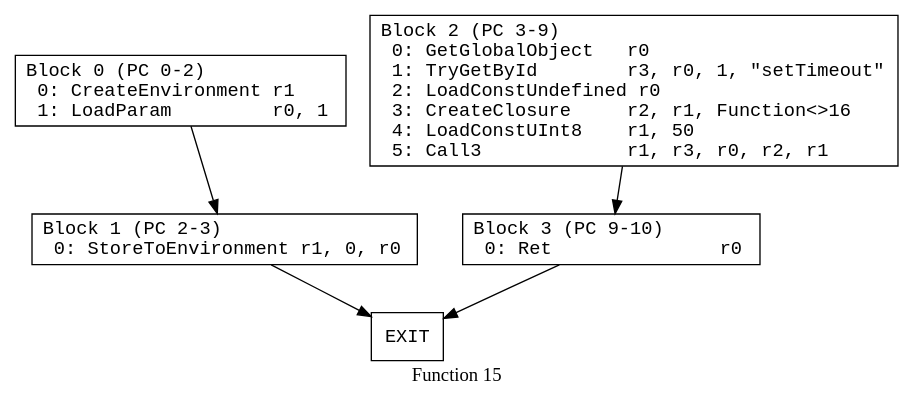
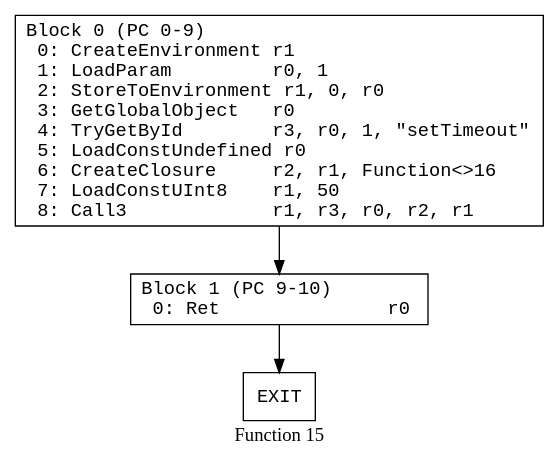
One commit to kroo/hermes-dec-rs changed the diagram in data/individual_pdfs/flow_control_function_15.dot. Above: the diagram before and after it, drawn with Graphviz. The commit also changed 78 other files, not shown here.

First line of the commit message:
Fix StoreToEnvironment instruction categorization bug

```diff
--- a/data/individual_pdfs/flow_control_function_15.dot
+++ b/data/individual_pdfs/flow_control_function_15.dot
@@ -1,22 +1,18 @@
 // Function 15 from flow_control
 // Generated from data/flow_control.dot
 
 digraph {
   rankdir=TB;
   node [shape=box, fontname="monospace"];
 
   label = "Function 15";
   style = filled;
   color = lightgrey;
 
-  f15_n0 [ label = "Block 0 (PC 0-2)\l  0: CreateEnvironment r1\l  1: LoadParam         r0, 1\l" ]
-  f15_n1 [ label = "Block 1 (PC 2-3)\l  0: StoreToEnvironment r1, 0, r0\l" ]
-  f15_n2 [ label = "Block 2 (PC 3-9)\l  0: GetGlobalObject   r0\l  1: TryGetById        r3, r0, 1, \"setTimeout\"\l  2: LoadConstUndefined r0\l  3: CreateClosure     r2, r1, Function<>16\l  4: LoadConstUInt8    r1, 50\l  5: Call3             r1, r3, r0, r2, r1\l" ]
-  f15_n3 [ label = "Block 3 (PC 9-10)\l  0: Ret               r0\l" ]
-  f15_n4 [ label = "EXIT" ]
+  f15_n0 [ label = "Block 0 (PC 0-9)\l  0: CreateEnvironment r1\l  1: LoadParam         r0, 1\l  2: StoreToEnvironment r1, 0, r0\l  3: GetGlobalObject   r0\l  4: TryGetById        r3, r0, 1, \"setTimeout\"\l  5: LoadConstUndefined r0\l  6: CreateClosure     r2, r1, Function<>16\l  7: LoadConstUInt8    r1, 50\l  8: Call3             r1, r3, r0, r2, r1\l" ]
+  f15_n1 [ label = "Block 1 (PC 9-10)\l  0: Ret               r0\l" ]
+  f15_n2 [ label = "EXIT" ]
 
   f15_n0 -> f15_n1
-  f15_n1 -> f15_n4
-  f15_n2 -> f15_n3
-  f15_n3 -> f15_n4
+  f15_n1 -> f15_n2
 }
```
